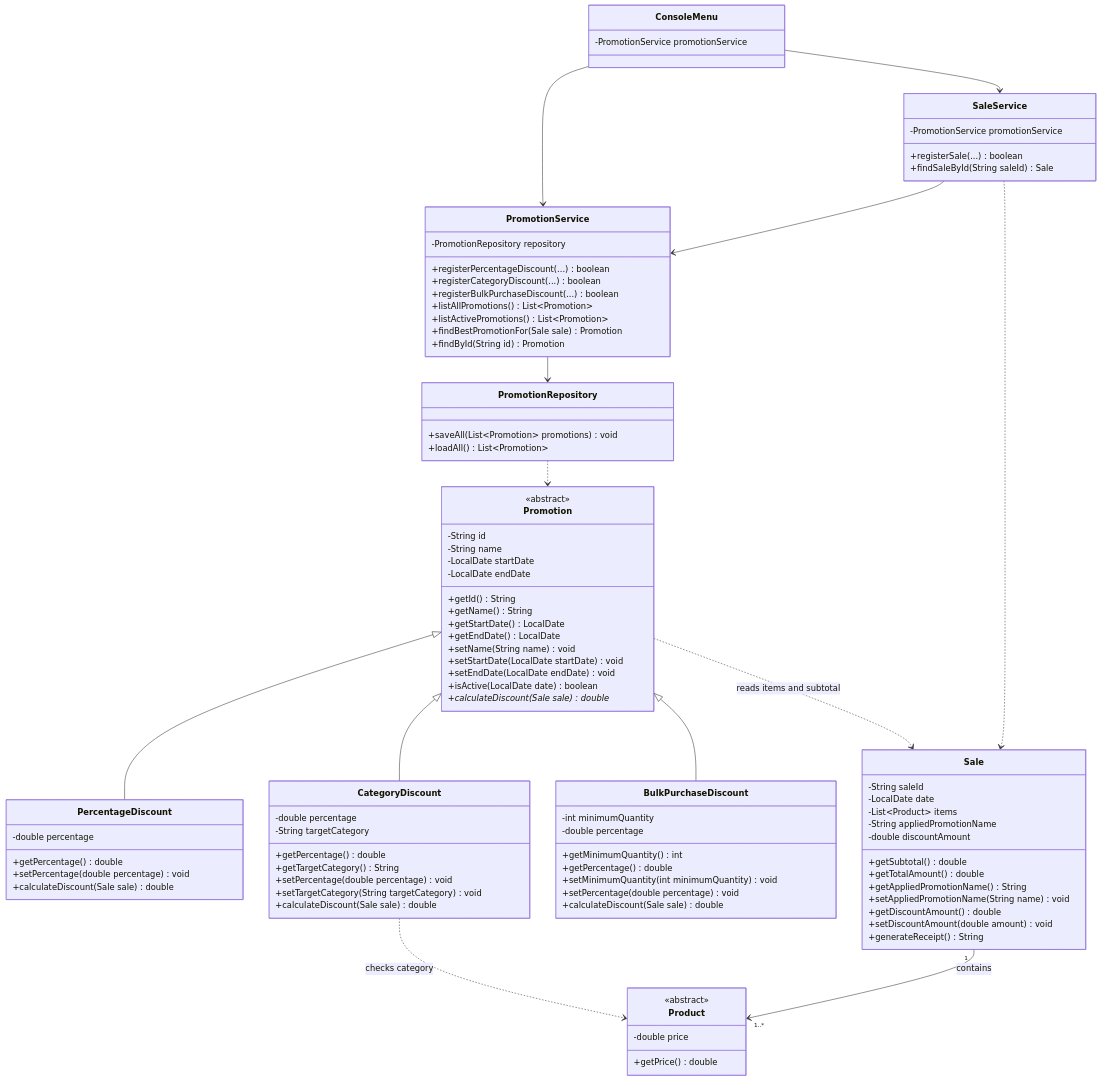
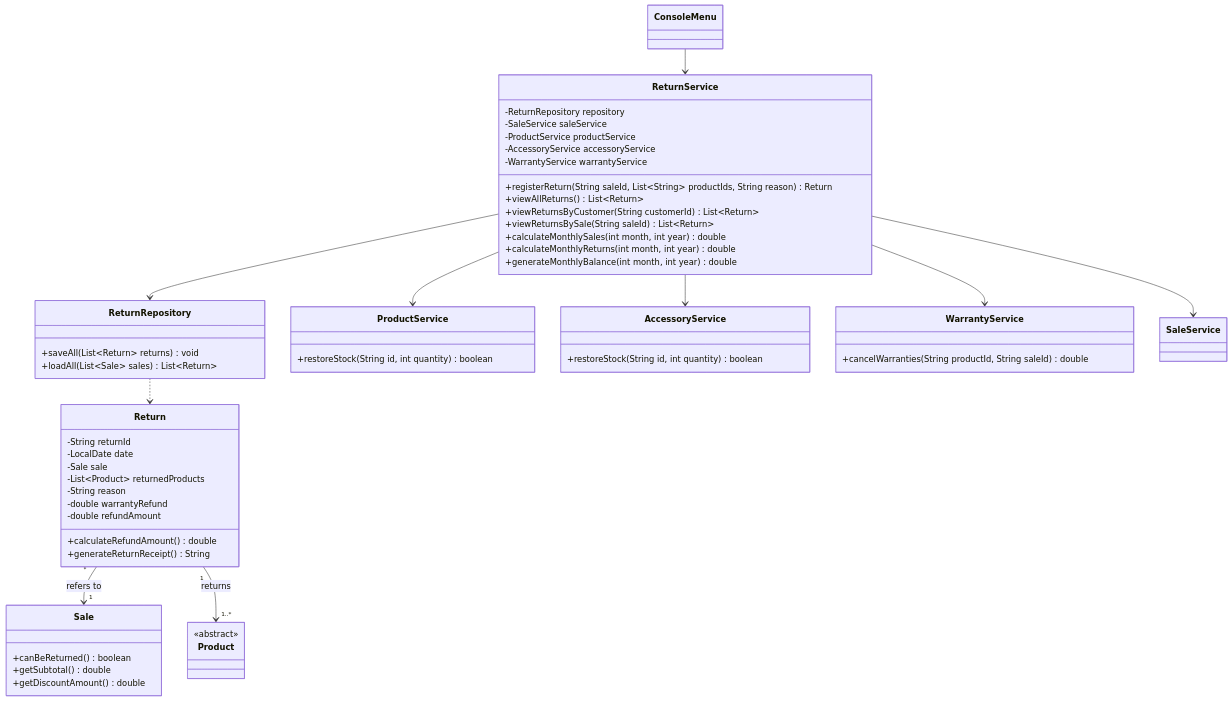
The diagram in docs/class-diagram.md (samueldrangel/GameZoneUnicesar2), drawn with Mermaid before and after one commit.

Commit message:
docs: add Mermaid class diagram for return module

````diff
--- a/docs/class-diagram.md
+++ b/docs/class-diagram.md
@@ -1,98 +1,53 @@
 ```mermaid
 classDiagram
-    class Promotion {
-        <<abstract>>
-        -String id
-        -String name
-        -LocalDate startDate
-        -LocalDate endDate
-        +getId() String
-        +getName() String
-        +getStartDate() LocalDate
-        +getEndDate() LocalDate
-        +setName(String name) void
-        +setStartDate(LocalDate startDate) void
-        +setEndDate(LocalDate endDate) void
-        +isActive(LocalDate date) boolean
-        +calculateDiscount(Sale sale)* double
-    }
-    class PercentageDiscount {
-        -double percentage
-        +getPercentage() double
-        +setPercentage(double percentage) void
-        +calculateDiscount(Sale sale) double
-    }
-    class CategoryDiscount {
-        -double percentage
-        -String targetCategory
-        +getPercentage() double
-        +getTargetCategory() String
-        +setPercentage(double percentage) void
-        +setTargetCategory(String targetCategory) void
-        +calculateDiscount(Sale sale) double
-    }
-    class BulkPurchaseDiscount {
-        -int minimumQuantity
-        -double percentage
-        +getMinimumQuantity() int
-        +getPercentage() double
-        +setMinimumQuantity(int minimumQuantity) void
-        +setPercentage(double percentage) void
-        +calculateDiscount(Sale sale) double
+    class Return {
+        -String returnId
+        -LocalDate date
+        -Sale sale
+        -List~Product~ returnedProducts
+        -String reason
+        -double warrantyRefund
+        -double refundAmount
+        +calculateRefundAmount() double
+        +generateReturnReceipt() String
     }
     class Sale {
-        -String saleId
-        -LocalDate date
-        -List~Product~ items
-        -String appliedPromotionName
-        -double discountAmount
+        +canBeReturned() boolean
         +getSubtotal() double
-        +getTotalAmount() double
-        +getAppliedPromotionName() String
-        +setAppliedPromotionName(String name) void
         +getDiscountAmount() double
-        +setDiscountAmount(double amount) void
-        +generateReceipt() String
     }
-    class Product {
-        <<abstract>>
-        -double price
-        +getPrice() double
+    class ReturnRepository {
+        +saveAll(List~Return~ returns) void
+        +loadAll(List~Sale~ sales) List~Return~
     }
-    class PromotionRepository {
-        +saveAll(List~Promotion~ promotions) void
-        +loadAll() List~Promotion~
+    class ReturnService {
+        -ReturnRepository repository
+        -SaleService saleService
+        -ProductService productService
+        -AccessoryService accessoryService
+        -WarrantyService warrantyService
+        +registerReturn(String saleId, List~String~ productIds, String reason) Return
+        +viewAllReturns() List~Return~
+        +viewReturnsByCustomer(String customerId) List~Return~
+        +viewReturnsBySale(String saleId) List~Return~
+        +calculateMonthlySales(int month, int year) double
+        +calculateMonthlyReturns(int month, int year) double
+        +generateMonthlyBalance(int month, int year) double
     }
-    class PromotionService {
-        -PromotionRepository repository
-        +registerPercentageDiscount(...) boolean
-        +registerCategoryDiscount(...) boolean
-        +registerBulkPurchaseDiscount(...) boolean
-        +listAllPromotions() List~Promotion~
-        +listActivePromotions() List~Promotion~
-        +findBestPromotionFor(Sale sale) Promotion
-        +findById(String id) Promotion
-    }
-    class SaleService {
-        -PromotionService promotionService
-        +registerSale(...) boolean
-        +findSaleById(String saleId) Sale
-    }
-    class ConsoleMenu {
-        -PromotionService promotionService
-    }
+    class ProductService { +restoreStock(String id, int quantity) boolean }
+    class AccessoryService { +restoreStock(String id, int quantity) boolean }
+    class WarrantyService { +cancelWarranties(String productId, String saleId) double }
+    class SaleService
+    class Product { <<abstract>> }
+    class ConsoleMenu
 
-    Promotion <|-- PercentageDiscount
-    Promotion <|-- CategoryDiscount
-    Promotion <|-- BulkPurchaseDiscount
-
-    Promotion ..> Sale : reads items and subtotal
-    CategoryDiscount ..> Product : checks category
-    Sale "1" --> "1..*" Product : contains
-    PromotionRepository ..> Promotion
-    PromotionService --> PromotionRepository
-    SaleService --> PromotionService
-    SaleService ..> Sale
-    ConsoleMenu --> PromotionService
-    ConsoleMenu --> SaleService
+    Return "*" --> "1" Sale : refers to
+    Return "1" --> "1..*" Product : returns
+    ReturnRepository ..> Return
+    ReturnService --> ReturnRepository
+    ReturnService --> SaleService
+    ReturnService --> ProductService
+    ReturnService --> AccessoryService
+    ReturnService --> WarrantyService
+    ConsoleMenu --> ReturnService
 ```
````
